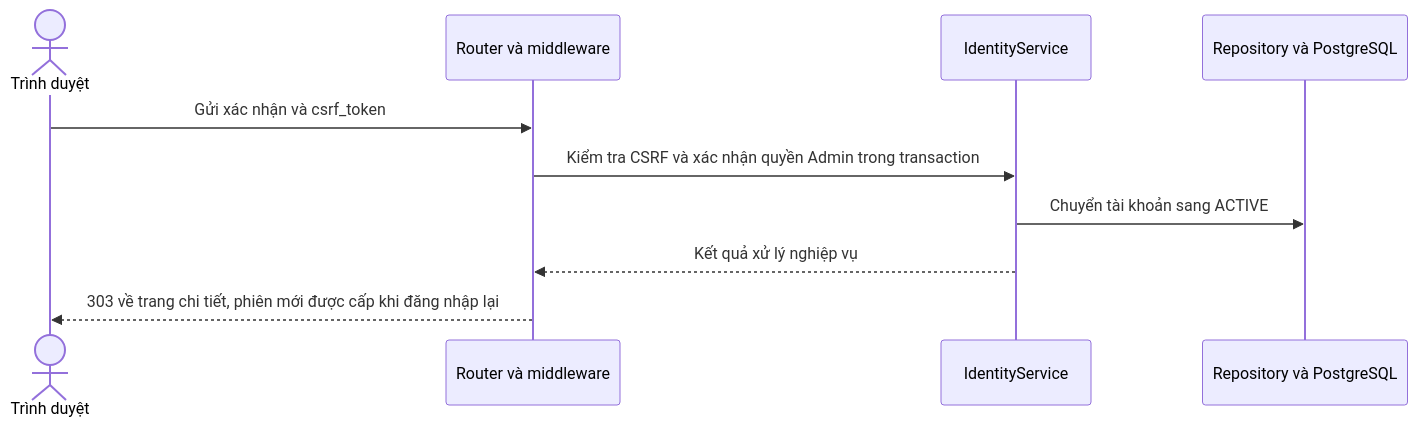
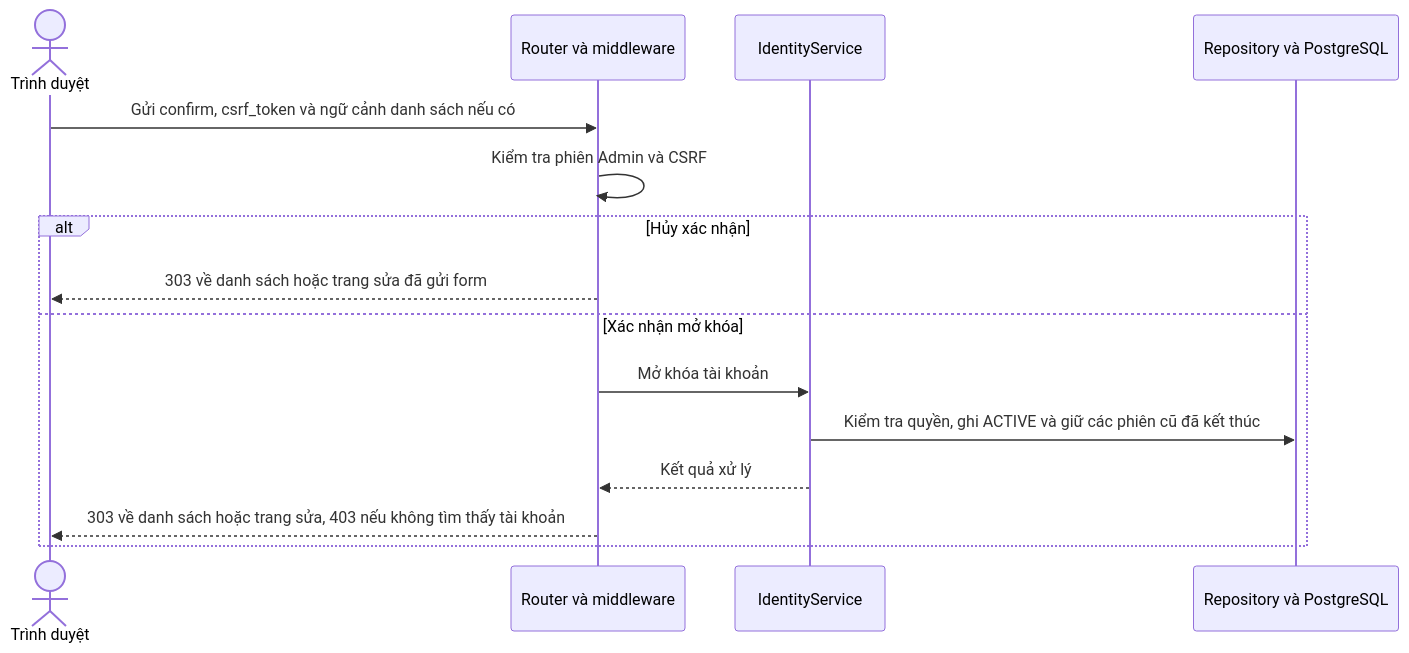
One commit to thanhklt/sobie-swimwear-e-commerce changed the diagram in docs/sequence/identity/post-admin-accounts-key-unlock.md. Above: the diagram before and after it, drawn with Mermaid. The commit also changed other lines of this file and 72 other files, not shown here.

````diff
--- a/docs/sequence/identity/post-admin-accounts-key-unlock.md
+++ b/docs/sequence/identity/post-admin-accounts-key-unlock.md
@@ -5,12 +5,17 @@
 ```mermaid
 sequenceDiagram
     actor Browser as Trình duyệt
     participant Route as Router và middleware
     participant Service as IdentityService
     participant Data as Repository và PostgreSQL
-    Browser->>Route: Gửi xác nhận và csrf_token
-    Route->>Service: Kiểm tra CSRF và xác nhận quyền Admin trong transaction
-    Service->>Data: Chuyển tài khoản sang ACTIVE
-    Service-->>Route: Kết quả xử lý nghiệp vụ
-    Route-->>Browser: 303 về trang chi tiết, phiên mới được cấp khi đăng nhập lại
+    Browser->>Route: Gửi confirm, csrf_token và ngữ cảnh danh sách nếu có
+    Route->>Route: Kiểm tra phiên Admin và CSRF
+    alt Hủy xác nhận
+        Route-->>Browser: 303 về danh sách hoặc trang sửa đã gửi form
+    else Xác nhận mở khóa
+        Route->>Service: Mở khóa tài khoản
+        Service->>Data: Kiểm tra quyền, ghi ACTIVE và giữ các phiên cũ đã kết thúc
+        Service-->>Route: Kết quả xử lý
+        Route-->>Browser: 303 về danh sách hoặc trang sửa, 403 nếu không tìm thấy tài khoản
+    end
 ```
````
